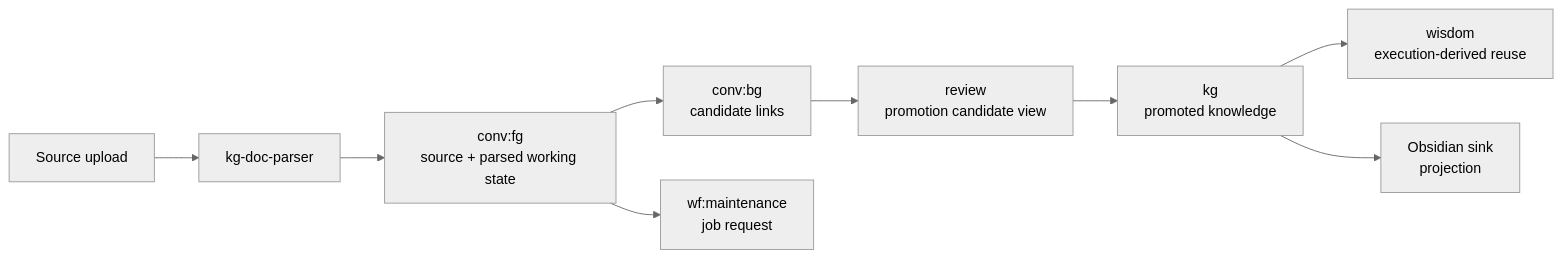
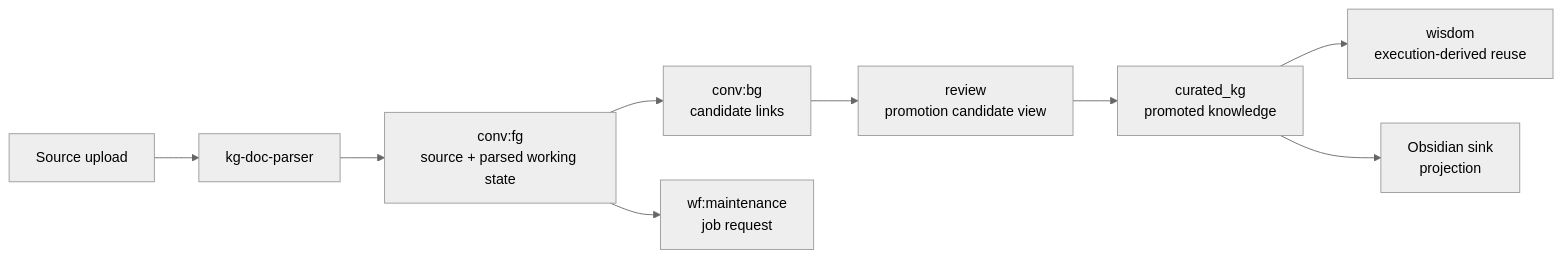
One commit to humblemat810/kogwistar-llm-wiki changed the diagram in doc/architecture.md. Above: the diagram before and after it, drawn with Mermaid (neutral theme). The commit also changed other lines of this file and 4 other files, not shown here.

````diff
--- a/doc/architecture.md
+++ b/doc/architecture.md
@@ -30,11 +30,11 @@
 ```mermaid
 flowchart LR
     A[Source upload] --> B[kg-doc-parser]
     B --> C[conv:fg<br/>source + parsed working state]
     C --> D[conv:bg<br/>candidate links]
     C --> E[wf:maintenance<br/>job request]
     D --> F[review<br/>promotion candidate view]
-    F --> G[kg<br/>promoted knowledge]
+    F --> G[curated_kg<br/>promoted knowledge]
     G --> H[wisdom<br/>execution-derived reuse]
     G --> I[Obsidian sink<br/>projection]
 ```
````
